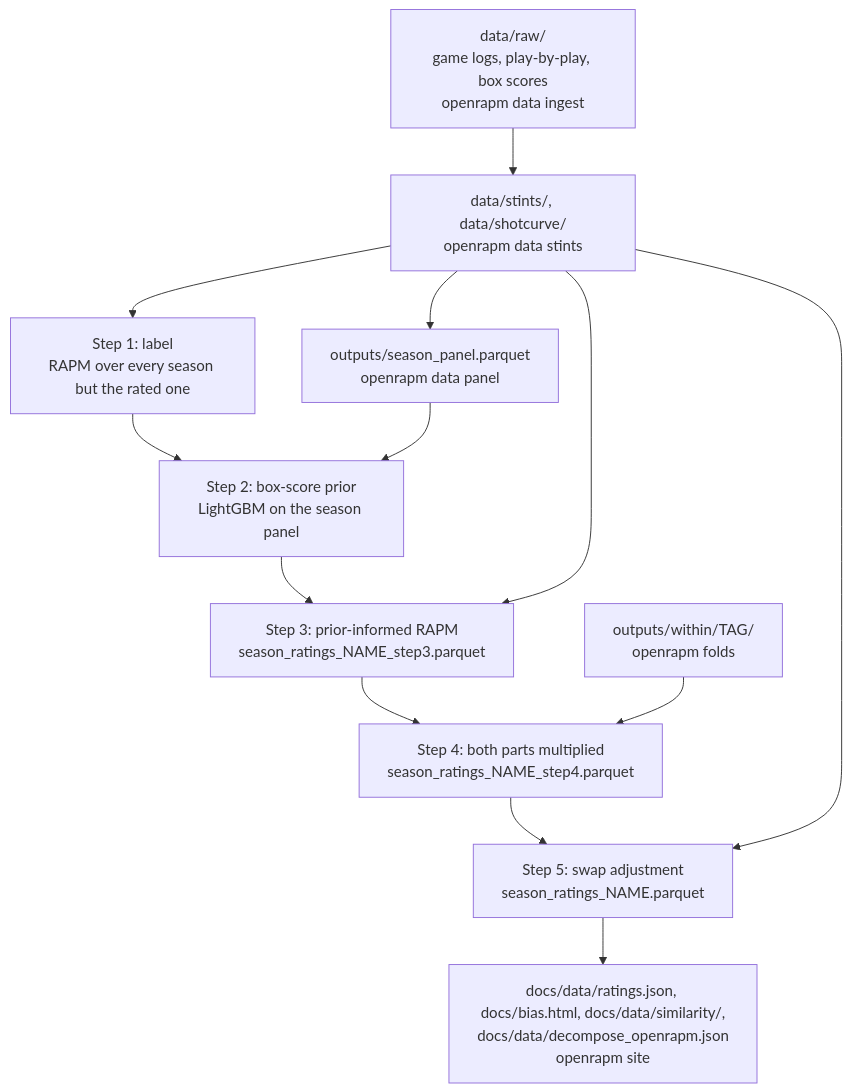
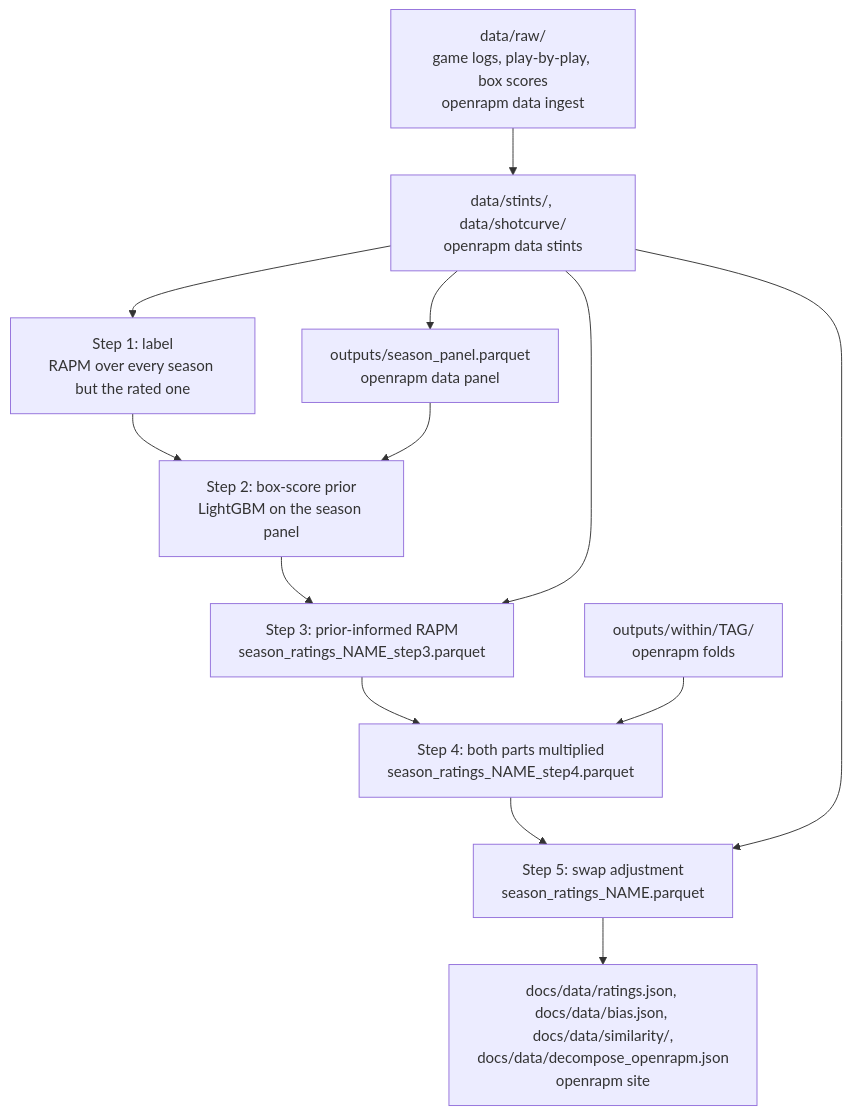
One commit to bbstats/openrapm changed the diagram in PIPELINE.md. Above: the diagram before and after it, drawn with Mermaid. The commit also changed other lines of this file and 4 other files, not shown here.

````diff
--- a/PIPELINE.md
+++ b/PIPELINE.md
@@ -16,15 +16,15 @@
 ```mermaid
 flowchart TD
     RAW["data/raw/<br/>game logs, play-by-play, box scores<br/>openrapm data ingest"] --> ST["data/stints/, data/shotcurve/<br/>openrapm data stints"]
     ST --> PAN["outputs/season_panel.parquet<br/>openrapm data panel"]
     ST --> S1["Step 1: label<br/>RAPM over every season but the rated one"]
     S1 --> S2["Step 2: box-score prior<br/>LightGBM on the season panel"]
     PAN --> S2
     S2 --> S3["Step 3: prior-informed RAPM<br/>season_ratings_NAME_step3.parquet"]
     ST --> S3
     S3 --> S4["Step 4: both parts multiplied<br/>season_ratings_NAME_step4.parquet"]
     FO["outputs/within/TAG/<br/>openrapm folds"] --> S4
     S4 --> S5["Step 5: swap adjustment<br/>season_ratings_NAME.parquet"]
     ST --> S5
-    S5 --> SITE["docs/data/ratings.json, docs/bias.html, docs/data/similarity/,<br/>docs/data/decompose_openrapm.json<br/>openrapm site"]
+    S5 --> SITE["docs/data/ratings.json, docs/data/bias.json, docs/data/similarity/,<br/>docs/data/decompose_openrapm.json<br/>openrapm site"]
 ```
````
